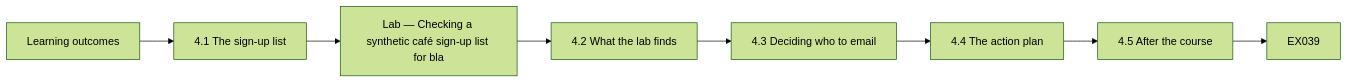
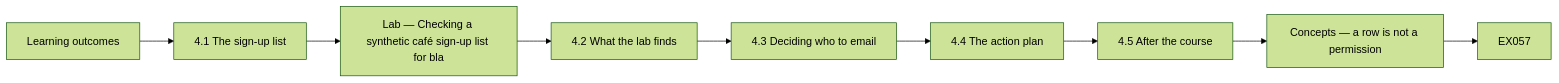
Before and after one commit to hiagokinlevi/CyKin: diagram 11 of 12 in levels/rapid-1-month/data-governance/en/book/MANUSCRIPT.md, drawn with Mermaid (forest theme). The commit also changed other lines of this file and 1 other file, not shown here.

````diff
--- a/levels/rapid-1-month/data-governance/en/book/MANUSCRIPT.md
+++ b/levels/rapid-1-month/data-governance/en/book/MANUSCRIPT.md
@@ -411,11 +598,12 @@
 ```mermaid
 flowchart LR
   N0["Learning outcomes"]
   N1["4.1 The sign-up list"]
   N2["Lab — Checking a synthetic café sign-up list for bla"]
   N3["4.2 What the lab finds"]
   N4["4.3 Deciding who to email"]
   N5["4.4 The action plan"]
   N6["4.5 After the course"]
-  N0 --> N1 --> N2 --> N3 --> N4 --> N5 --> N6 --> Q["EX039"]
+  N7["Concepts — a row is not a permission"]
+  N0 --> N1 --> N2 --> N3 --> N4 --> N5 --> N6 --> N7 --> Q["EX057"]
 ```
````
